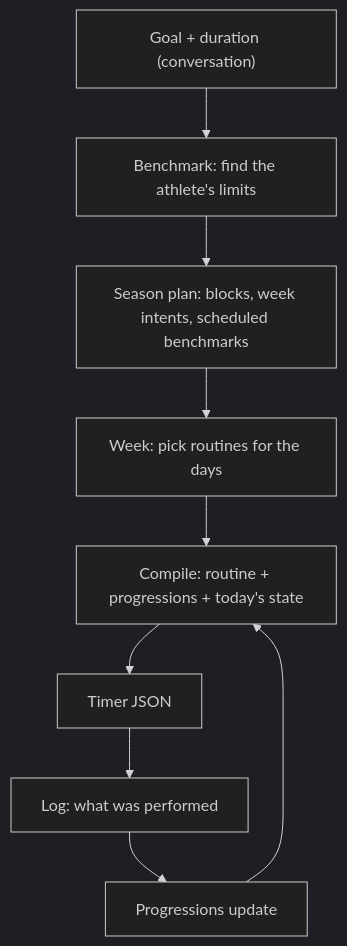
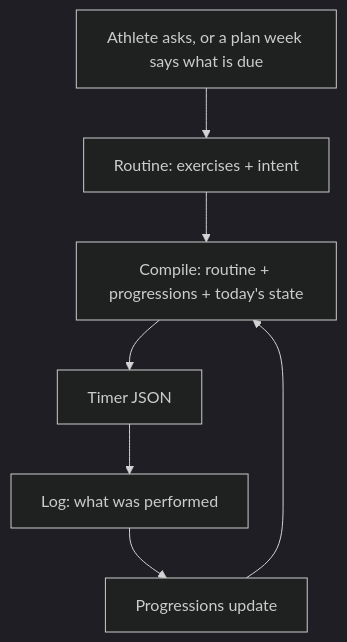
Before and after one commit to sibling-shipyard/coach-hq: the diagram in docs/plans/workouts-season-model.md, drawn with Mermaid (dark theme). The commit also changed other lines of this file, not shown here.

````diff
--- a/docs/plans/workouts-season-model.md
+++ b/docs/plans/workouts-season-model.md
@@ -27,11 +26,9 @@
 ```mermaid
 flowchart TD
-  goal["Goal + duration (conversation)"] --> bench["Benchmark: find the athlete's limits"]
-  bench --> plan["Season plan: blocks, week intents, scheduled benchmarks"]
-  plan --> week["Week: pick routines for the days"]
-  week --> day["Compile: routine + progressions + today's state"]
-  day --> timer["Timer JSON"]
+  ask["Athlete asks, or a plan week says what is due"] --> routine["Routine: exercises + intent"]
+  routine --> compile["Compile: routine + progressions + today's state"]
+  compile --> timer["Timer JSON"]
   timer --> log["Log: what was performed"]
   log --> prog["Progressions update"]
-  prog --> day
+  prog --> compile
 ```
````
